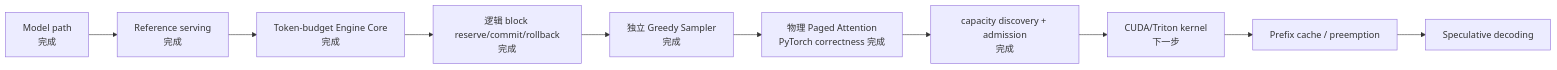
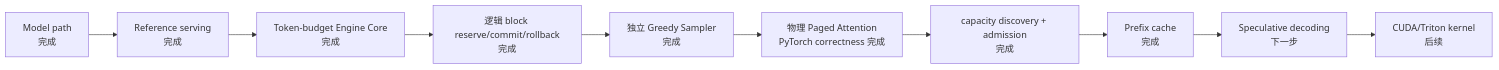
Before and after one commit to poorpaper/light-vllm: the third of 3 diagrams in docs/design.md, drawn with Mermaid. The commit also changed other lines of this file and 13 other files, not shown here.

````diff
--- a/docs/design.md
+++ b/docs/design.md
@@ -274,12 +275,12 @@
 ```mermaid
 flowchart LR
     Model["Model path<br/>完成"] --> Serving["Reference serving<br/>完成"]
     Serving --> Core["Token-budget Engine Core<br/>完成"]
     Core --> Logical["逻辑 block reserve/commit/rollback<br/>完成"]
     Logical --> Sampling["独立 Greedy Sampler<br/>完成"]
     Sampling --> Paged["物理 Paged Attention<br/>PyTorch correctness 完成"]
     Paged --> Capacity["capacity discovery + admission<br/>完成"]
-    Capacity --> Kernel["CUDA/Triton kernel<br/>下一步"]
-    Kernel --> Prefix["Prefix cache / preemption"]
-    Prefix --> Spec["Speculative decoding"]
+    Capacity --> Prefix["Prefix cache<br/>完成"]
+    Prefix --> Spec["Speculative decoding<br/>下一步"]
+    Spec --> Kernel["CUDA/Triton kernel<br/>后续"]
 ```
````
